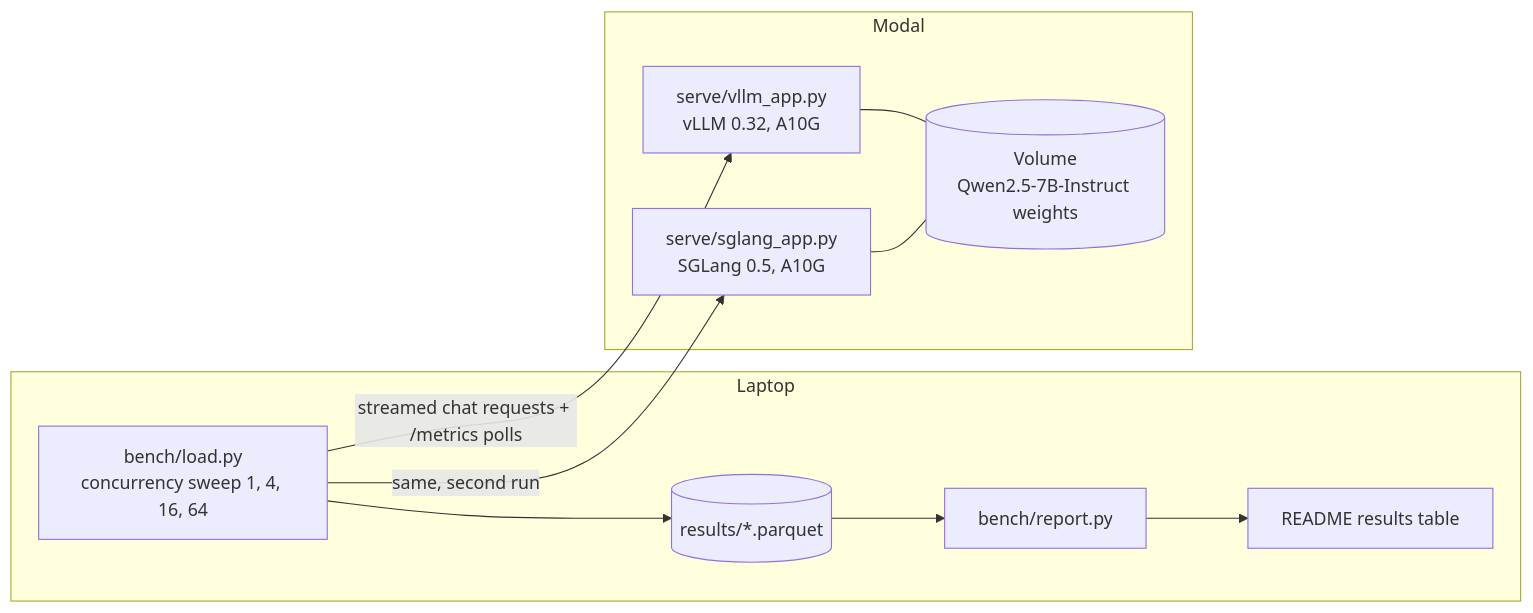
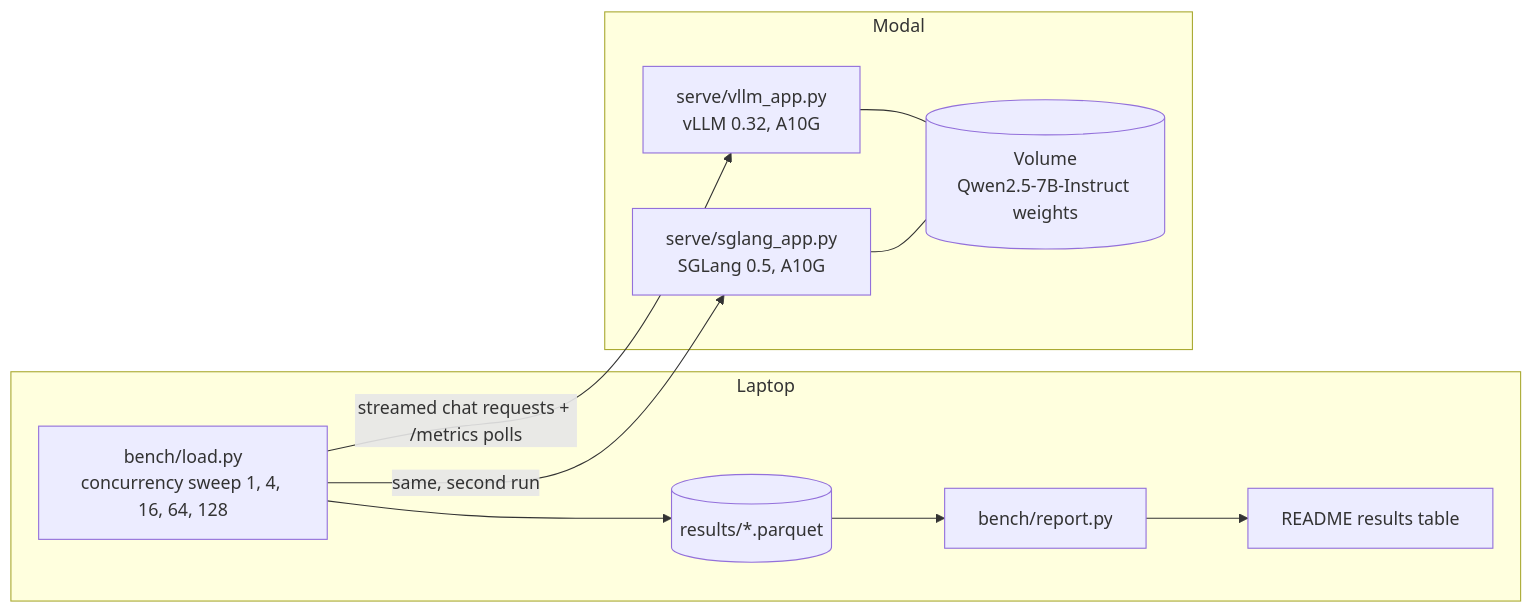
The second of 2 diagrams in docs/architecture.md (mironable/llm-serving-bench), drawn with Mermaid before and after one commit. The commit also changed other lines of this file and 9 other files, not shown here.

````diff
--- a/docs/architecture.md
+++ b/docs/architecture.md
@@ -66,21 +66,21 @@
 ```mermaid
 flowchart LR
     subgraph local["Laptop"]
-        LG["bench/load.py<br/>concurrency sweep 1, 4, 16, 64"]
+        LG["bench/load.py<br/>concurrency sweep 1, 4, 16, 64, 128"]
         RP["bench/report.py"]
         PQ[("results/*.parquet")]
         RM["README results table"]
     end
 
     subgraph modal["Modal"]
         V["serve/vllm_app.py<br/>vLLM 0.32, A10G"]
         S["serve/sglang_app.py<br/>SGLang 0.5, A10G"]
         VOL[("Volume<br/>Qwen2.5-7B-Instruct weights")]
         V --- VOL
         S --- VOL
     end
 
     LG -- "streamed chat requests + /metrics polls" --> V
     LG -- "same, second run" --> S
     LG --> PQ --> RP --> RM
 ```
````
